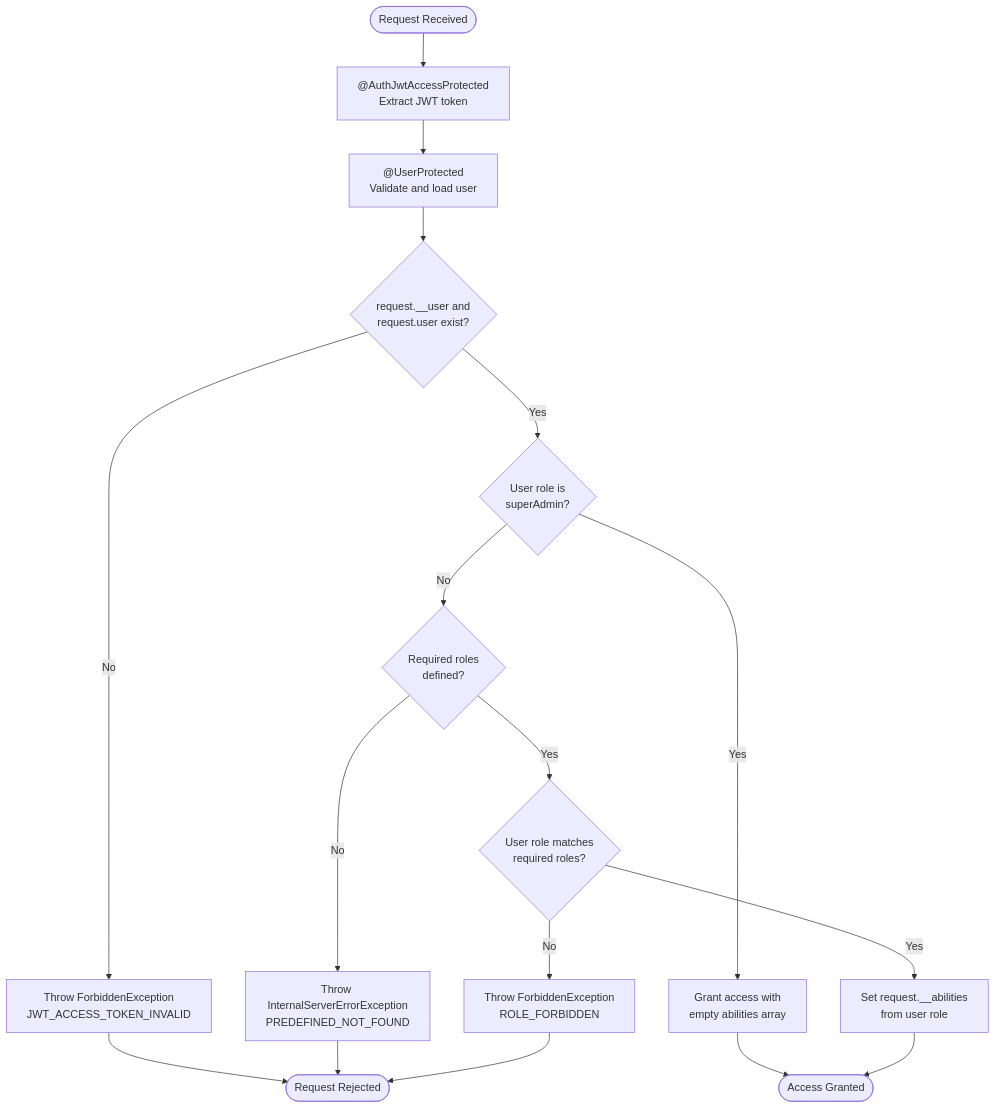
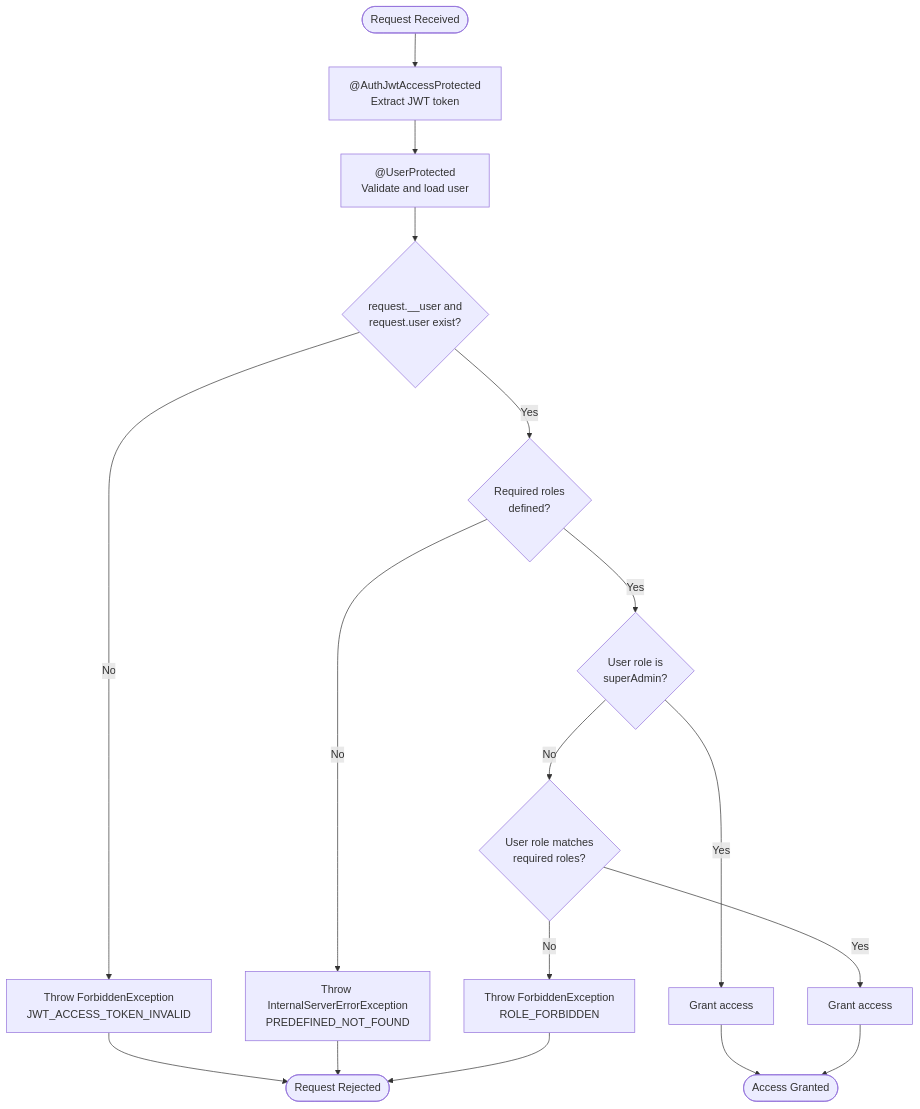
Before and after one commit to andrechristikan/ack-nestjs-boilerplate: the second of 5 diagrams in docs/authorization.md, drawn with Mermaid. The commit also changed other lines of this file, not shown here.

First line of the commit message:
doc(authorization): update `RoleGuard` and `PolicyAbilityGuard` documentation

````diff
--- a/docs/authorization.md
+++ b/docs/authorization.md
@@ -241,25 +240,25 @@
 ```mermaid
 flowchart TD
     Start([Request Received]) --> JwtGuard[ @AuthJwtAccessProtected<br/>Extract JWT token]
     JwtGuard --> UserGuard[ @UserProtected<br/>Validate and load user]
     UserGuard --> CheckUser{request.__user and<br/>request.user exist?}
     
     CheckUser -->|No| ErrorUser[Throw ForbiddenException<br/>JWT_ACCESS_TOKEN_INVALID]
-    CheckUser -->|Yes| CheckSuperAdmin{User role is<br/>superAdmin?}
-    
-    CheckSuperAdmin -->|Yes| GrantSuperAdmin[Grant access with<br/>empty abilities array]
-    CheckSuperAdmin -->|No| CheckRequired{Required roles<br/>defined?}
+    CheckUser -->|Yes| CheckRequired{Required roles<br/>defined?}
     
     CheckRequired -->|No| ErrorPredefined[Throw InternalServerErrorException<br/>PREDEFINED_NOT_FOUND]
-    CheckRequired -->|Yes| CheckRoleMatch{User role matches<br/>required roles?}
+    CheckRequired -->|Yes| CheckSuperAdmin{User role is<br/>superAdmin?}
+    
+    CheckSuperAdmin -->|Yes| GrantSuperAdmin[Grant access]
+    CheckSuperAdmin -->|No| CheckRoleMatch{User role matches<br/>required roles?}
     
     CheckRoleMatch -->|No| ErrorForbidden[Throw ForbiddenException<br/>ROLE_FORBIDDEN]
-    CheckRoleMatch -->|Yes| SetAbilities[Set request.__abilities<br/>from user role]
+    CheckRoleMatch -->|Yes| GrantAccess[Grant access]
     
     GrantSuperAdmin --> Success([Access Granted])
-    SetAbilities --> Success
+    GrantAccess --> Success
     
     ErrorUser --> End([Request Rejected])
     ErrorPredefined --> End
     ErrorForbidden --> End
 ```
````
